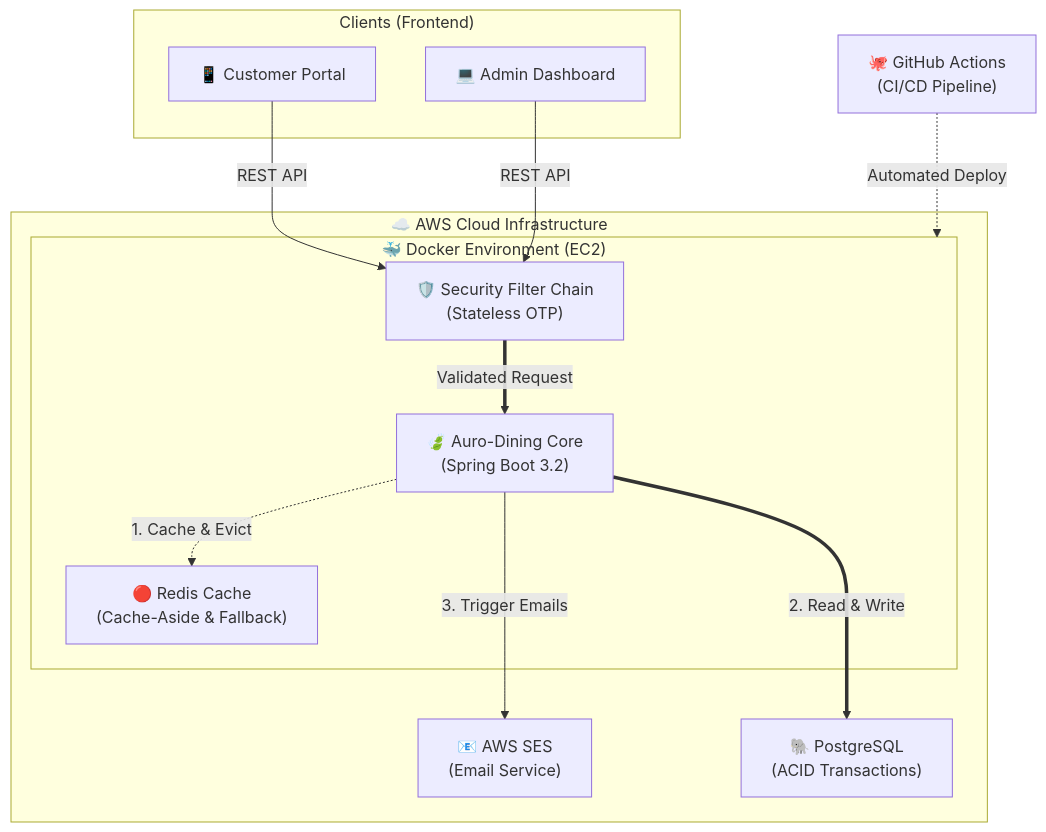
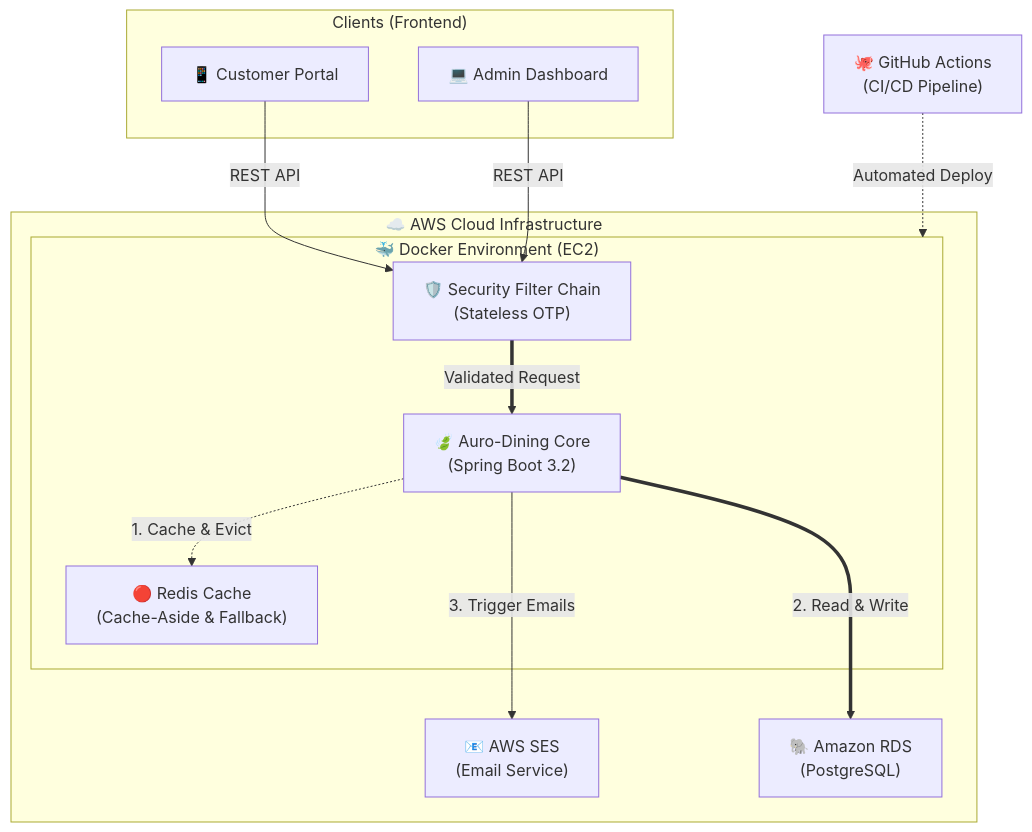
Before and after one commit to hannaqq/Auro-Dining: the first of 3 diagrams in README.md, drawn with Mermaid. The commit also changed other lines of this file, not shown here.

````diff
--- a/README.md
+++ b/README.md
@@ -42,31 +42,31 @@
 ```mermaid
 flowchart TB
     subgraph Clients["Clients (Frontend)"]
         CustomerPortal["📱 Customer Portal"]
         AdminDashboard["💻 Admin Dashboard"]
     end
 
     subgraph Cloud["☁️ AWS Cloud Infrastructure"]
         subgraph Docker["🐳 Docker Environment (EC2)"]
             AuthFilter["🛡️ Security Filter Chain<br/>(Stateless OTP)"]
             App["🍃 Auro-Dining Core<br/>(Spring Boot 3.2)"]
             Redis["🔴 Redis Cache<br/>(Cache-Aside & Fallback)"]
             
             AuthFilter ==>|"Validated Request"| App
         end
         
         SES["📧 AWS SES<br/>(Email Service)"]
-        PostgreSQL["🐘 PostgreSQL<br/>(ACID Transactions)"]
+        PostgreSQL["🐘 Amazon RDS<br/>(PostgreSQL)"]
     end
 
     Github["🐙 GitHub Actions<br/>(CI/CD Pipeline)"]
 
     CustomerPortal -- "REST API" --> AuthFilter
     AdminDashboard -- "REST API" --> AuthFilter
     
     App -.->|"1. Cache & Evict"| Redis
     App ===>|"2. Read & Write"| PostgreSQL
     App --->|"3. Trigger Emails"| SES
     
     Github -. "Automated Deploy" .-> Docker
 ```
````
